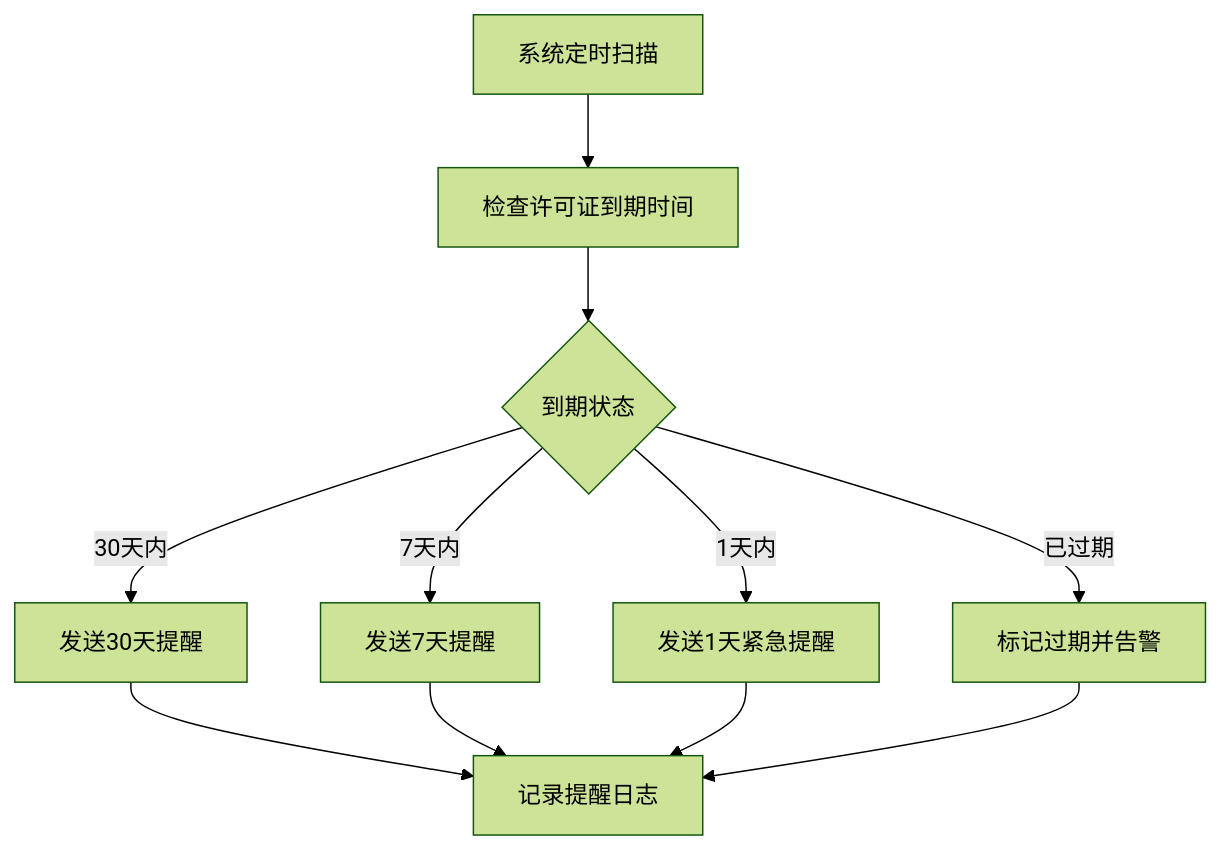
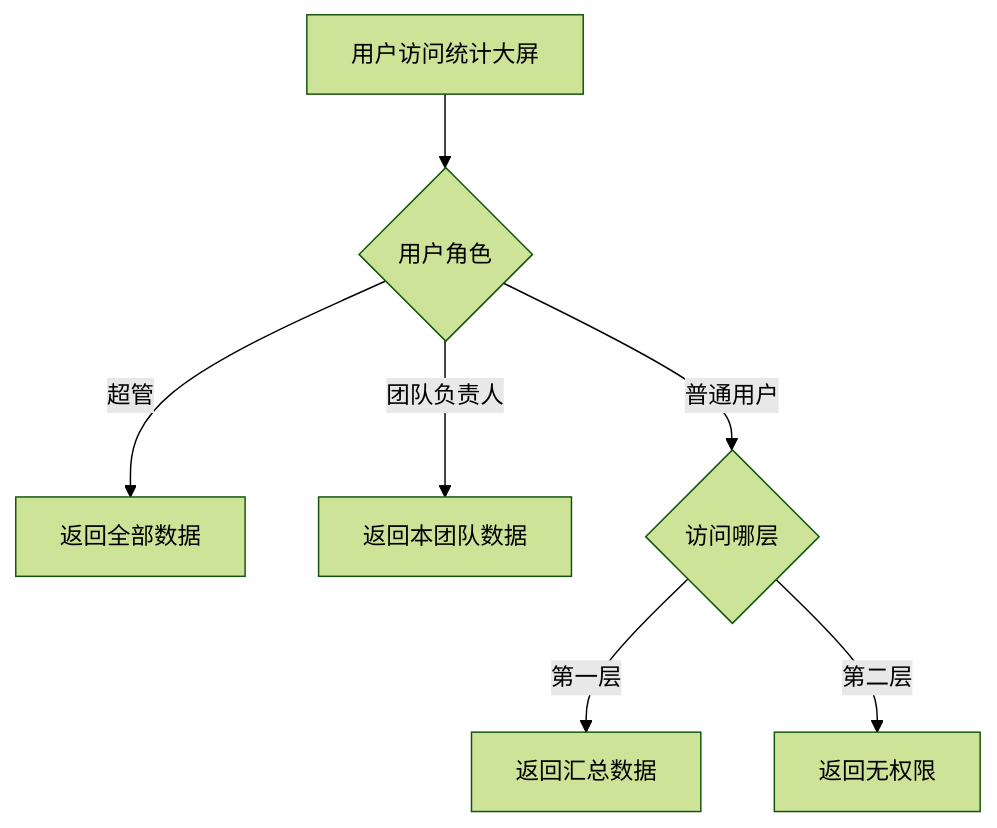
The third of 3 diagrams in output/doc/technical-design.md (BeWaterMyFriend7/SKILL-PROJECT), drawn with Mermaid (forest theme) before and after one commit. The commit also changed other lines of this file and 54 other files, not shown here.

````diff
--- a/output/doc/technical-design.md
+++ b/output/doc/technical-design.md
@@ -55,13 +87,9 @@
 ```mermaid
 graph TD
-    A[系统定时扫描] --> B[检查许可证到期时间]
-    B --> C{到期状态}
-    C -->|30天内| D[发送30天提醒]
-    C -->|7天内| E[发送7天提醒]
-    C -->|1天内| F[发送1天紧急提醒]
-    C -->|已过期| G[标记过期并告警]
-    D --> H[记录提醒日志]
-    E --> H
-    F --> H
-    G --> H
+    A[用户访问统计大屏] --> B{用户角色}
+    B -->|超管| C[返回全部数据]
+    B -->|团队负责人| D[返回本团队数据]
+    B -->|普通用户| E{访问哪层}
+    E -->|第一层| F[返回汇总数据]
+    E -->|第二层| J[返回无权限]
 ```
````
